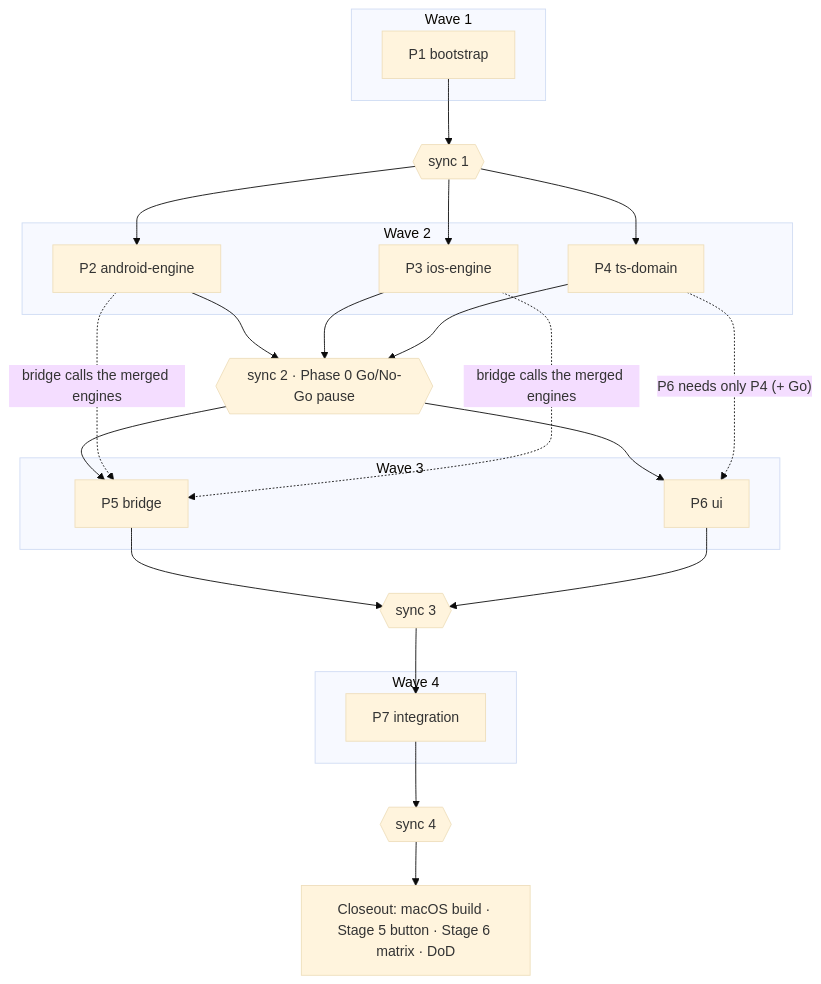
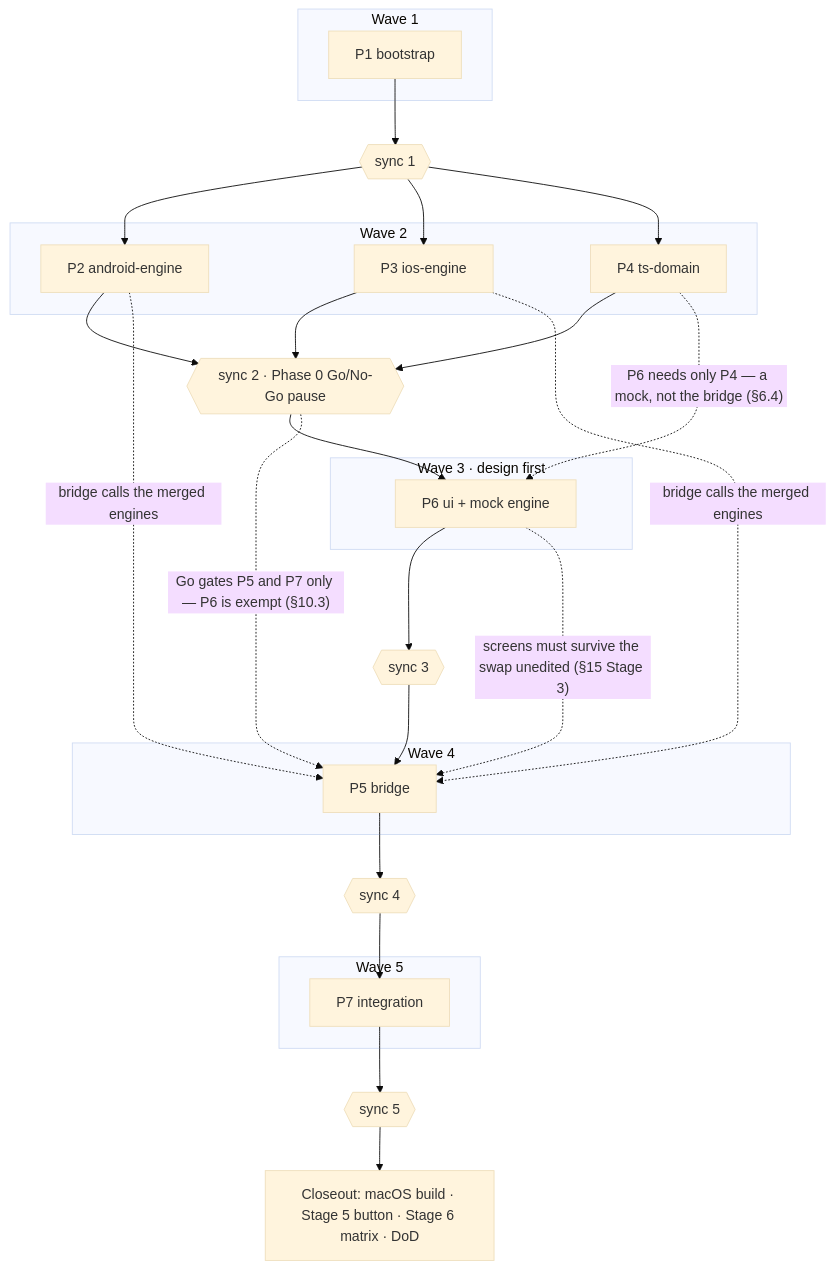
One commit to khmilevoi/oru changed the diagram in docs/superpowers/execution/2026-08-13-offline-nearby-ptt.md. Above: the diagram before and after it, drawn with Mermaid (base theme). The commit also changed other lines of this file and 1 other file, not shown here.

First line of the commit message:
docs: re-cut spec and schedule for design-first ordering

````diff
--- a/docs/superpowers/execution/2026-08-13-offline-nearby-ptt.md
+++ b/docs/superpowers/execution/2026-08-13-offline-nearby-ptt.md
@@ -238,42 +327,47 @@
 ```mermaid
 flowchart TB
   subgraph W1["Wave 1"]
     P1["P1 bootstrap"]
   end
   S1{{"sync 1"}}
   subgraph W2["Wave 2"]
     P2["P2 android-engine"]
     P3["P3 ios-engine"]
     P4["P4 ts-domain"]
   end
   S2{{"sync 2 · Phase 0 Go/No-Go pause"}}
-  subgraph W3["Wave 3"]
-    P5["P5 bridge"]
-    P6["P6 ui"]
+  subgraph W3["Wave 3 · design first"]
+    P6["P6 ui + mock engine"]
   end
   S3{{"sync 3"}}
   subgraph W4["Wave 4"]
+    P5["P5 bridge"]
+  end
+  S4{{"sync 4"}}
+  subgraph W5["Wave 5"]
     P7["P7 integration"]
   end
-  S4{{"sync 4"}}
+  S5{{"sync 5"}}
   C["Closeout: macOS build · Stage 5 button · Stage 6 matrix · DoD"]
 
   P1 --> S1
   S1 --> P2
   S1 --> P3
   S1 --> P4
   P2 --> S2
   P3 --> S2
   P4 --> S2
-  S2 --> P5
   S2 --> P6
-  P5 --> S3
   P6 --> S3
-  S3 --> P7
-  P7 --> S4
-  S4 --> C
+  S3 --> P5
+  P5 --> S4
+  S4 --> P7
+  P7 --> S5
+  S5 --> C
 
-  P4 -. "P6 needs only P4 (+ Go)" .-> P6
+  S2 -. "Go gates P5 and P7 only — P6 is exempt (§10.3)" .-> P5
+  P4 -. "P6 needs only P4 — a mock, not the bridge (§6.4)" .-> P6
+  P6 -. "screens must survive the swap unedited (§15 Stage 3)" .-> P5
   P2 -. "bridge calls the merged engines" .-> P5
   P3 -. "bridge calls the merged engines" .-> P5
 ```
````
